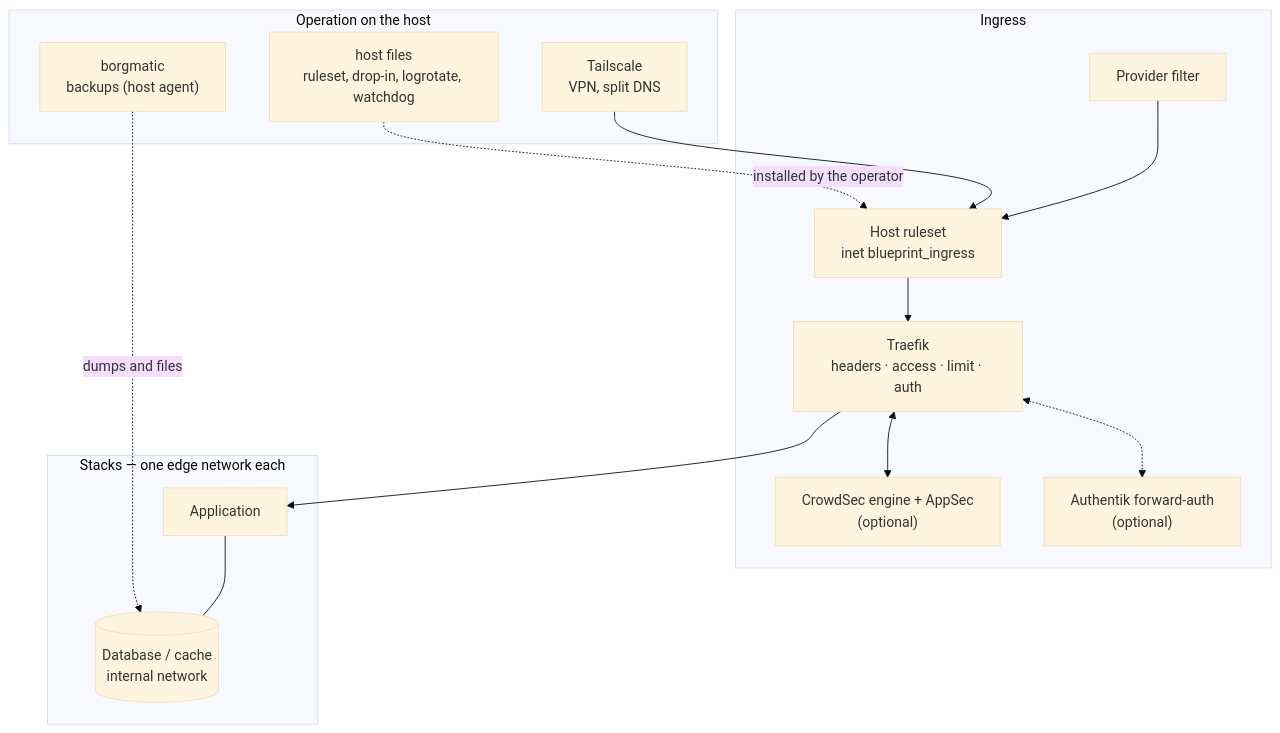
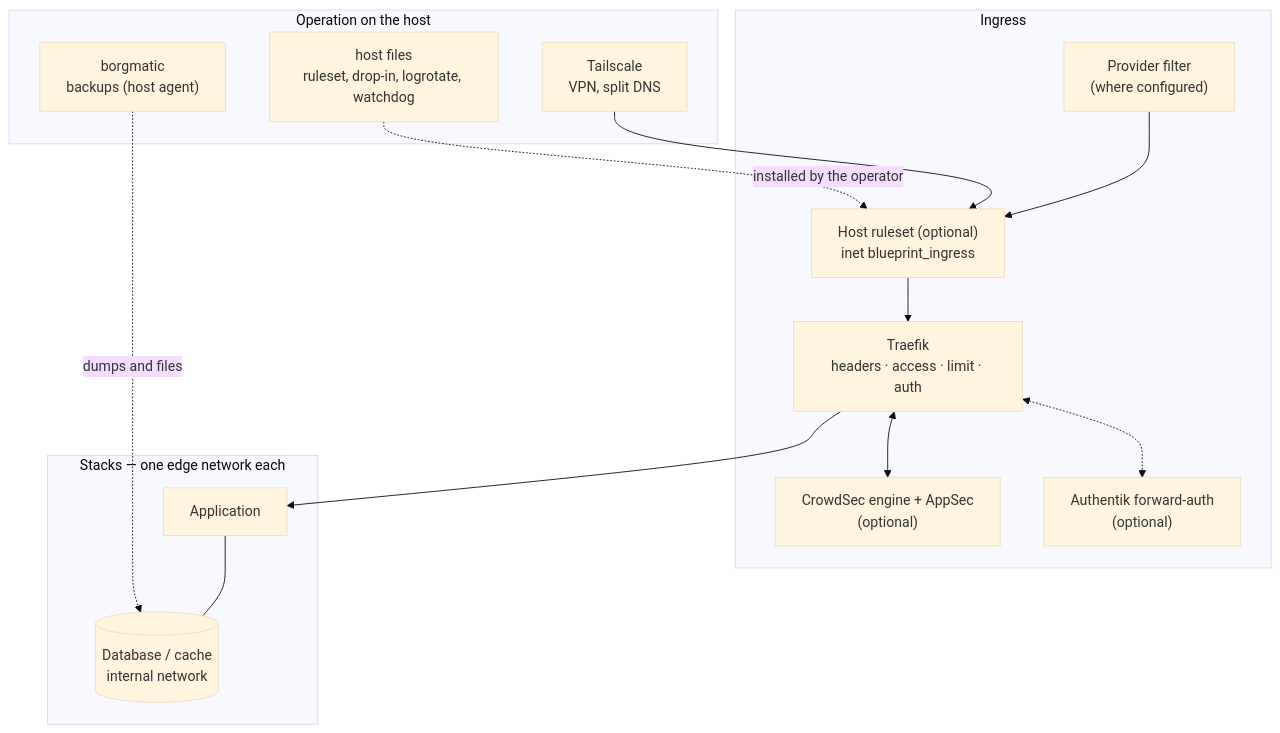
Before and after one commit to rubennati/secure-docker-blueprint: the first of 4 diagrams in docs/architecture.md, drawn with Mermaid (base theme). The commit also changed other lines of this file and 22 other files, not shown here.

````diff
--- a/docs/architecture.md
+++ b/docs/architecture.md
@@ -412,21 +25,21 @@
 ```mermaid
 flowchart TB
   subgraph edge["Ingress"]
-    PF2["Provider filter"] --> NFT2["Host ruleset<br/>inet blueprint_ingress"]
+    PF2["Provider filter<br/>(where configured)"] --> NFT2["Host ruleset (optional)<br/>inet blueprint_ingress"]
     NFT2 --> TR["Traefik<br/>headers · access · limit · auth"]
     TR <--> CS2["CrowdSec engine + AppSec<br/>(optional)"]
     TR <-.-> AK["Authentik forward-auth<br/>(optional)"]
   end
   subgraph stacks["Stacks — one edge network each"]
     A1["Application"] --- D1[("Database / cache<br/>internal network")]
   end
   subgraph ops["Operation on the host"]
     TSN["Tailscale<br/>VPN, split DNS"]
     BK["borgmatic<br/>backups (host agent)"]
     HF["host files<br/>ruleset, drop-in, logrotate, watchdog"]
   end
   TR --> A1
   TSN --> NFT2
   BK -. dumps and files .-> D1
   HF -. installed by the operator .-> NFT2
 ```
````
